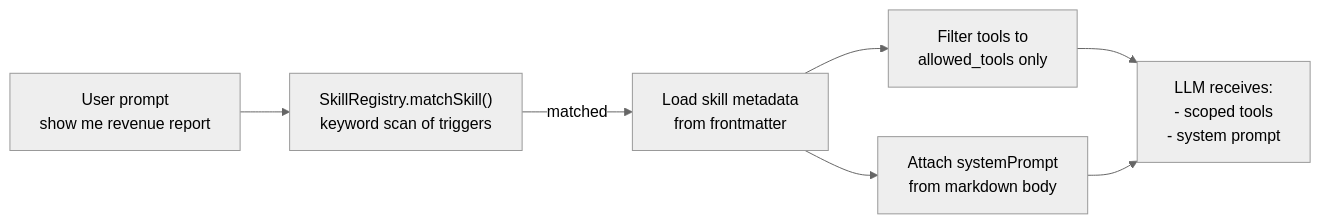
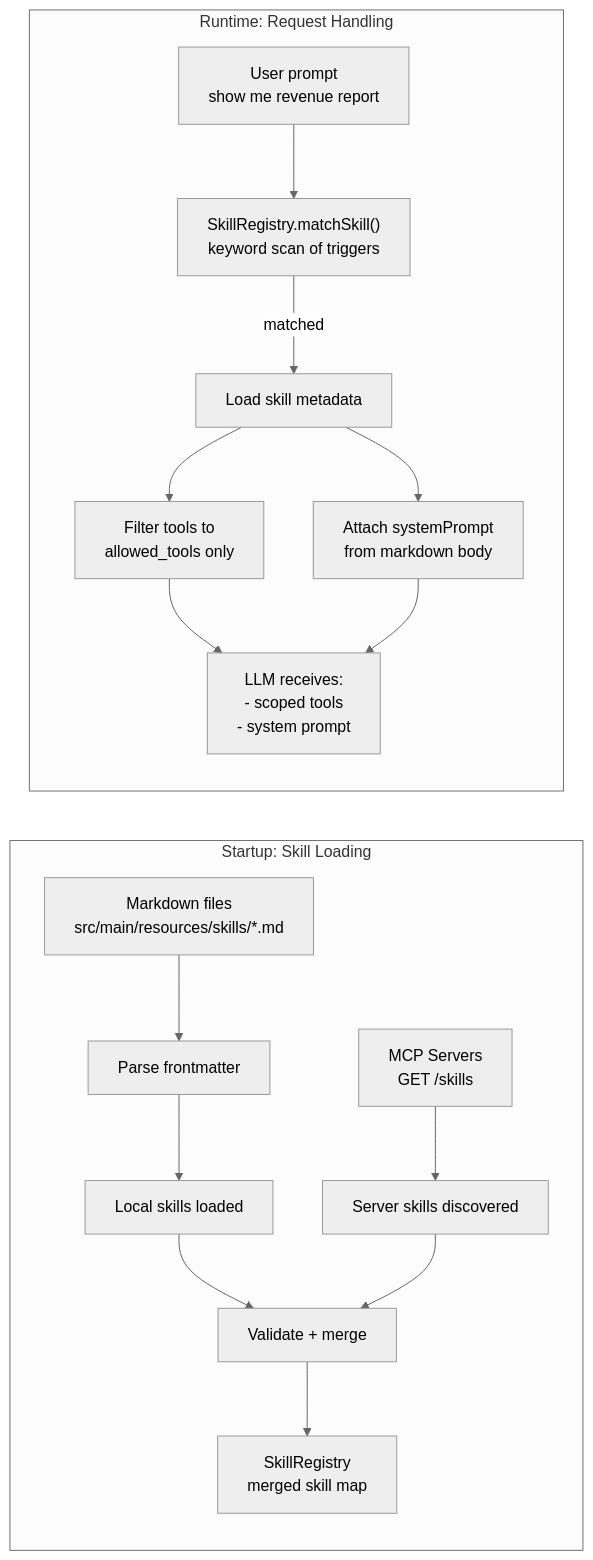
The fifth of 12 diagrams in docs/ARCHITECTURE_V2.md (rajashashankmuppirala/mcp-poc), drawn with Mermaid (neutral theme) before and after one commit. The commit also changed other lines of this file and 13 other files, not shown here.

````diff
--- a/docs/ARCHITECTURE_V2.md
+++ b/docs/ARCHITECTURE_V2.md
@@ -186,9 +220,20 @@
 ```mermaid
 flowchart LR
-    Prompt["User prompt\nshow me revenue report"] --> Match["SkillRegistry.matchSkill()\nkeyword scan of triggers"]
-    Match -->|matched| Load["Load skill metadata\nfrom frontmatter"]
-    Load --> Scope["Filter tools to\nallowed_tools only"]
-    Load --> Inject["Attach systemPrompt\nfrom markdown body"]
-    Scope --> LLM["LLM receives:\n- scoped tools\n- system prompt"]
-    Inject --> LLM
+    subgraph "Startup: Skill Loading"
+        MD["Markdown files\nsrc/main/resources/skills/*.md"] --> Parse["Parse frontmatter"]
+        Parse --> Local["Local skills loaded"]
+        SRV["MCP Servers\nGET /skills"] --> SrvSkills["Server skills discovered"]
+        Local --> Merge["Validate + merge"]
+        SrvSkills --> Merge
+        Merge --> Registry["SkillRegistry\nmerged skill map"]
+    end
+
+    subgraph "Runtime: Request Handling"
+        Prompt["User prompt\nshow me revenue report"] --> Match["SkillRegistry.matchSkill()\nkeyword scan of triggers"]
+        Match -->|matched| Load["Load skill metadata"]
+        Load --> Scope["Filter tools to\nallowed_tools only"]
+        Load --> Inject["Attach systemPrompt\nfrom markdown body"]
+        Scope --> LLM["LLM receives:\n- scoped tools\n- system prompt"]
+        Inject --> LLM
+    end
 ```
````
